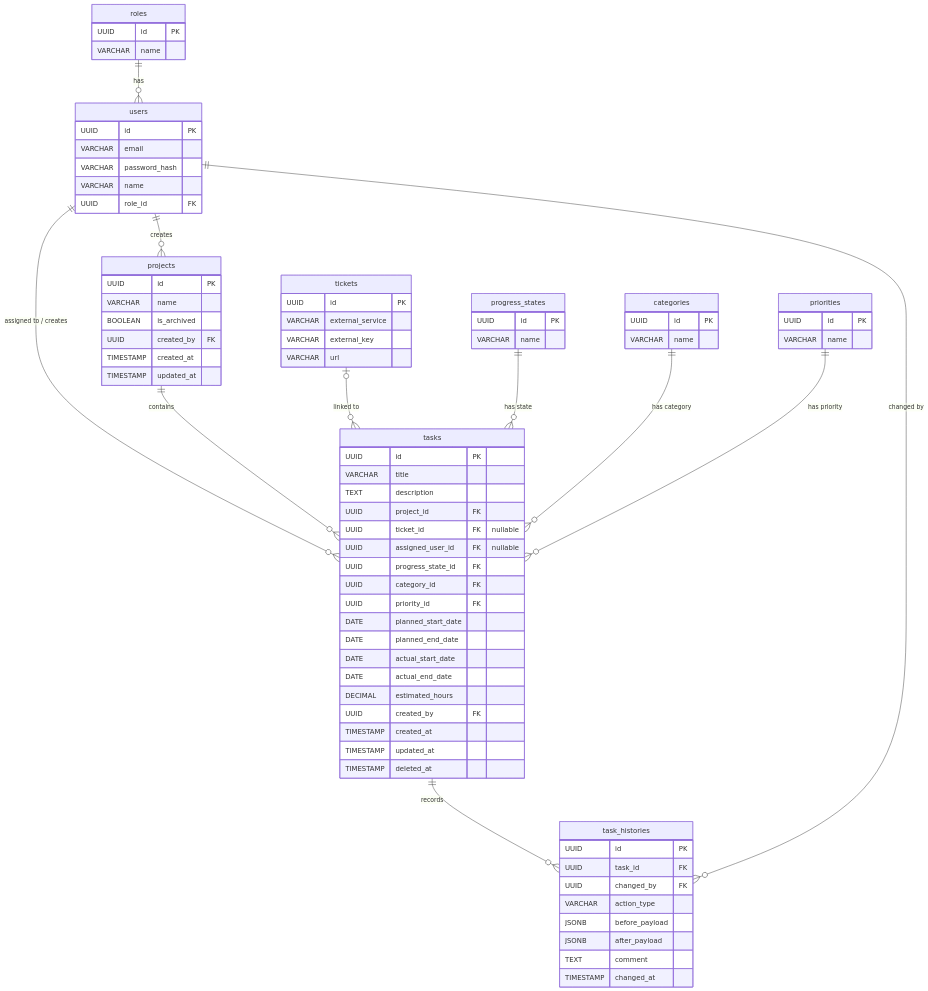
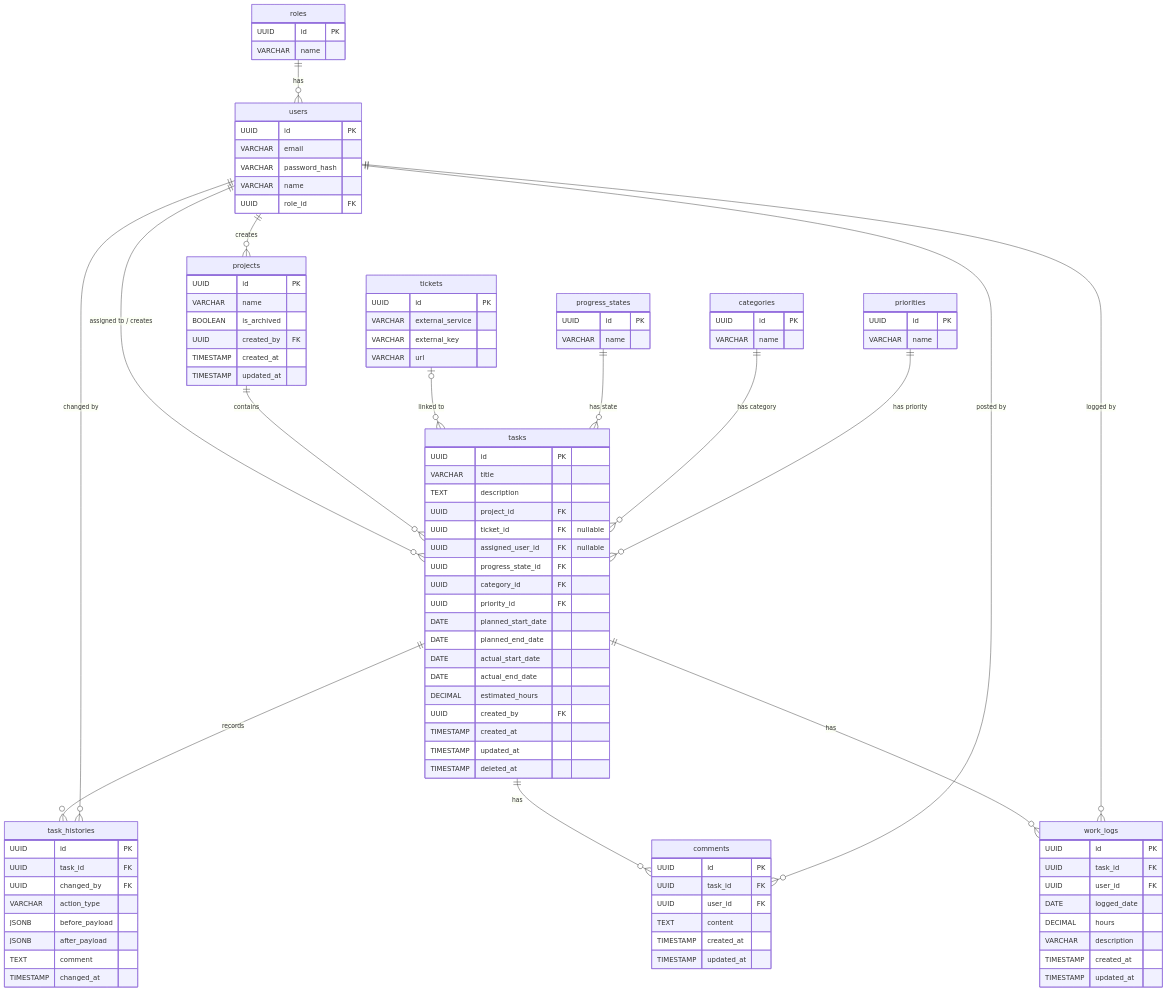
Before and after one commit to sugita177/dev-task-management-app: the first of 2 diagrams in docs/design_spec.md, drawn with Mermaid. The commit also changed other lines of this file, not shown here.

````diff
--- a/docs/design_spec.md
+++ b/docs/design_spec.md
@@ -74,6 +74,24 @@
         TEXT comment
         TIMESTAMP changed_at
     }
+    comments {
+        UUID id PK
+        UUID task_id FK
+        UUID user_id FK
+        TEXT content
+        TIMESTAMP created_at
+        TIMESTAMP updated_at
+    }
+    work_logs {
+        UUID id PK
+        UUID task_id FK
+        UUID user_id FK
+        DATE logged_date
+        DECIMAL hours
+        VARCHAR description
+        TIMESTAMP created_at
+        TIMESTAMP updated_at
+    }
     progress_states {
         UUID id PK
         VARCHAR name
@@ -97,4 +115,8 @@
     priorities ||--o{ tasks : "has priority"
     tasks ||--o{ task_histories : "records"
     users ||--o{ task_histories : "changed by"
+    tasks ||--o{ comments : "has"
+    users ||--o{ comments : "posted by"
+    tasks ||--o{ work_logs : "has"
+    users ||--o{ work_logs : "logged by"
 ```
````
